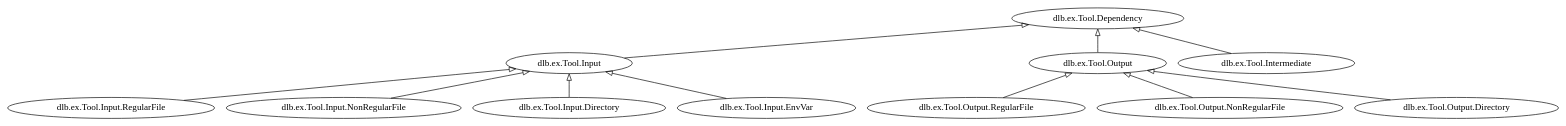
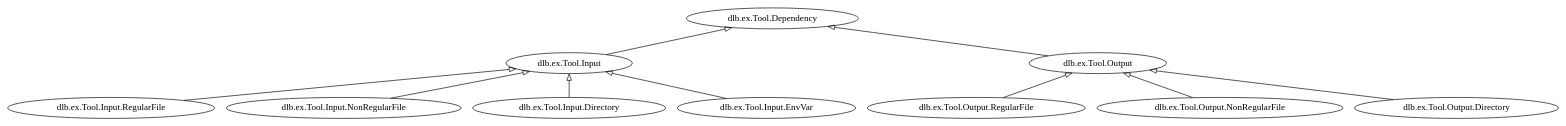
One commit to dlu-ch/dlb changed the second of 2 diagrams in doc/ex_tool.rst. Above: the diagram before and after it, drawn with Graphviz. The commit also changed other lines of this file and 6 other files, not shown here.

Commit message:
Remove dependency class for intermediate dependencies

```diff
--- a/doc/ex_tool.rst
+++ b/doc/ex_tool.rst
@@ -330,20 +318,19 @@
 .. graphviz::
 
    digraph foo {
        graph [rankdir=BT];
        node [height=0.25];
        edge [arrowhead=empty];
 
        "dlb.ex.Tool.Input.RegularFile" -> "dlb.ex.Tool.Input";
        "dlb.ex.Tool.Input.NonRegularFile" -> "dlb.ex.Tool.Input";
        "dlb.ex.Tool.Input.Directory" -> "dlb.ex.Tool.Input";
        "dlb.ex.Tool.Input.EnvVar" -> "dlb.ex.Tool.Input";
 
        "dlb.ex.Tool.Output.RegularFile" -> "dlb.ex.Tool.Output";
        "dlb.ex.Tool.Output.NonRegularFile" -> "dlb.ex.Tool.Output";
        "dlb.ex.Tool.Output.Directory" -> "dlb.ex.Tool.Output";
 
        "dlb.ex.Tool.Input" -> "dlb.ex.Tool.Dependency";
-       "dlb.ex.Tool.Intermediate" -> "dlb.ex.Tool.Dependency";
        "dlb.ex.Tool.Output" -> "dlb.ex.Tool.Dependency";
    }
```
